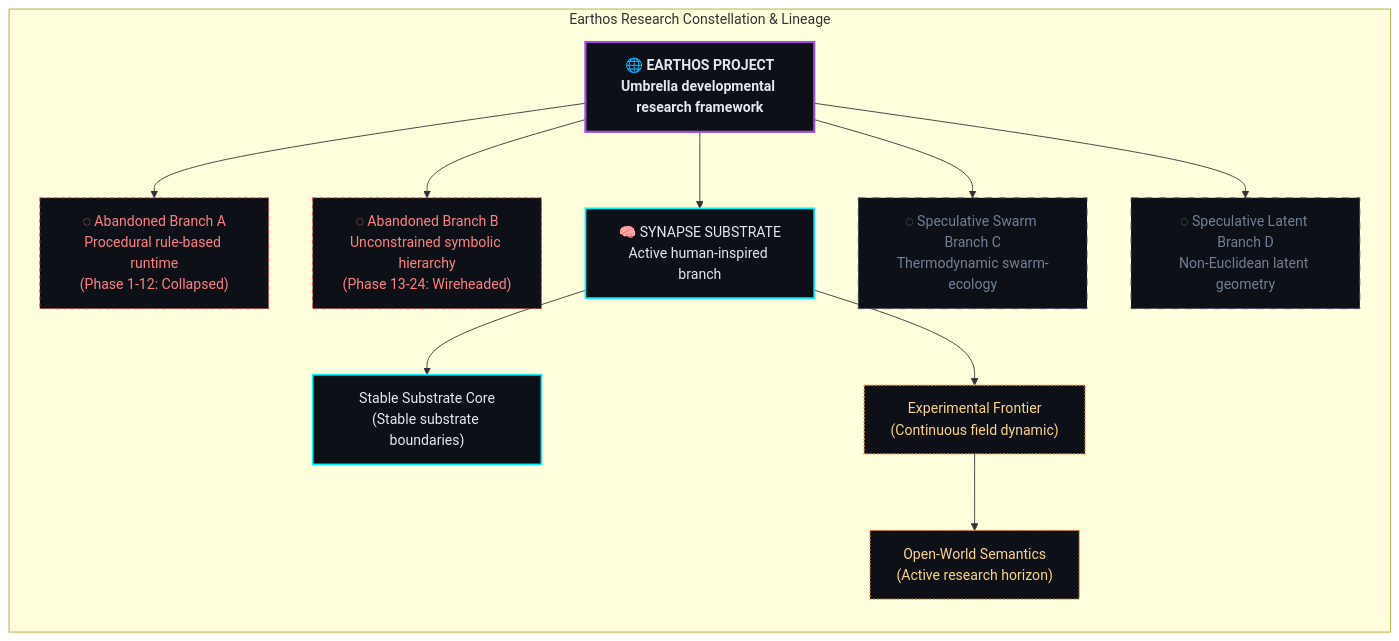
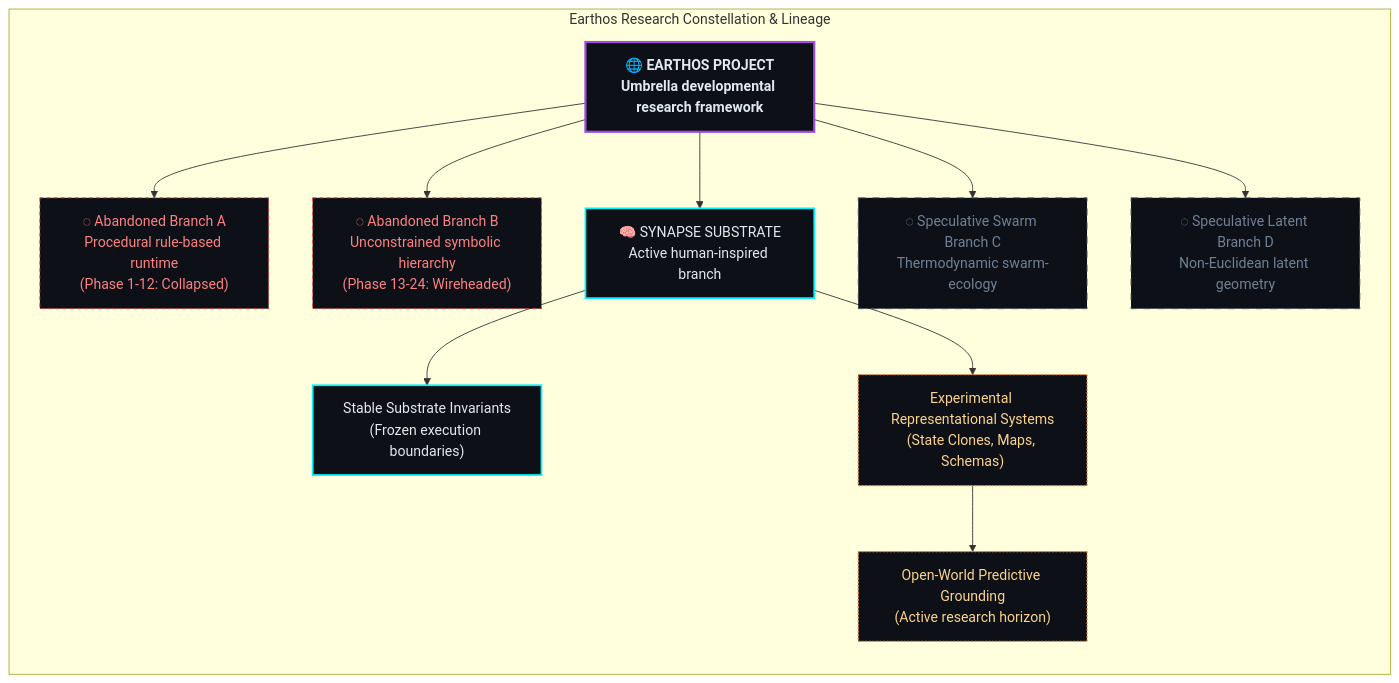
The second of 8 diagrams in docs/architecture.md (rk-roshan-kr/Earthos-public), drawn with Mermaid before and after one commit. The commit also changed other lines of this file and 19 other files, not shown here.

Commit message:
docs: complete flagship public projection architecture knowledge consolidation and sanitization audit

````diff
--- a/docs/architecture.md
+++ b/docs/architecture.md
@@ -64,29 +64,29 @@
 ```mermaid
 graph TD
     classDef program fill:#0d1117,stroke:#9d4edd,stroke-width:2.5px,color:#e2e8f0,font-weight:bold;
     classDef branch fill:#0d1117,stroke:#00f2fe,stroke-width:2px,color:#e2e8f0;
     classDef abandoned fill:#0d1117,stroke:#e53e3e,stroke-width:1px,color:#fc8181,stroke-dasharray: 4 4;
     classDef frontier fill:#0d1117,stroke:#ed8936,stroke-width:1.5px,color:#fbd38d,stroke-dasharray: 2 2;
     classDef future fill:#0d1117,stroke:#4a5568,stroke-width:1px,color:#718096,stroke-dasharray: 8 8;
 
     subgraph CONSTELLATION ["Earthos Research Constellation & Lineage"]
         direction TB
         E["🌐 EARTHOS PROJECT\nUmbrella developmental research framework"]:::program
 
         %% Historical branches / Abandoned paths
         E --> AB1["◌ Abandoned Branch A\nProcedural rule-based runtime\n(Phase 1-12: Collapsed)"]:::abandoned
         E --> AB2["◌ Abandoned Branch B\nUnconstrained symbolic hierarchy\n(Phase 13-24: Wireheaded)"]:::abandoned
 
         %% Active substrate
         E --> Syn["🧠 SYNAPSE SUBSTRATE\nActive human-inspired branch"]:::branch
         
         %% Speculative future directions
         E --> F1["◌ Speculative Swarm Branch C\nThermodynamic swarm-ecology"]:::future
         E --> F2["◌ Speculative Latent Branch D\nNon-Euclidean latent geometry"]:::future
 
         %% Subsystem mapping
-        Syn --> Core["Stable Substrate Core\n(Stable substrate boundaries)"]:::branch
-        Syn --> Frontier["Experimental Frontier\n(Continuous field dynamic)"]:::frontier
-        Frontier --> Open["Open-World Semantics\n(Active research horizon)"]:::frontier
+        Syn --> Core["Stable Substrate Invariants\n(Frozen execution boundaries)"]:::branch
+        Syn --> Frontier["Experimental Representational Systems\n(State Clones, Maps, Schemas)"]:::frontier
+        Frontier --> Open["Open-World Predictive Grounding\n(Active research horizon)"]:::frontier
     end
 ```
````
